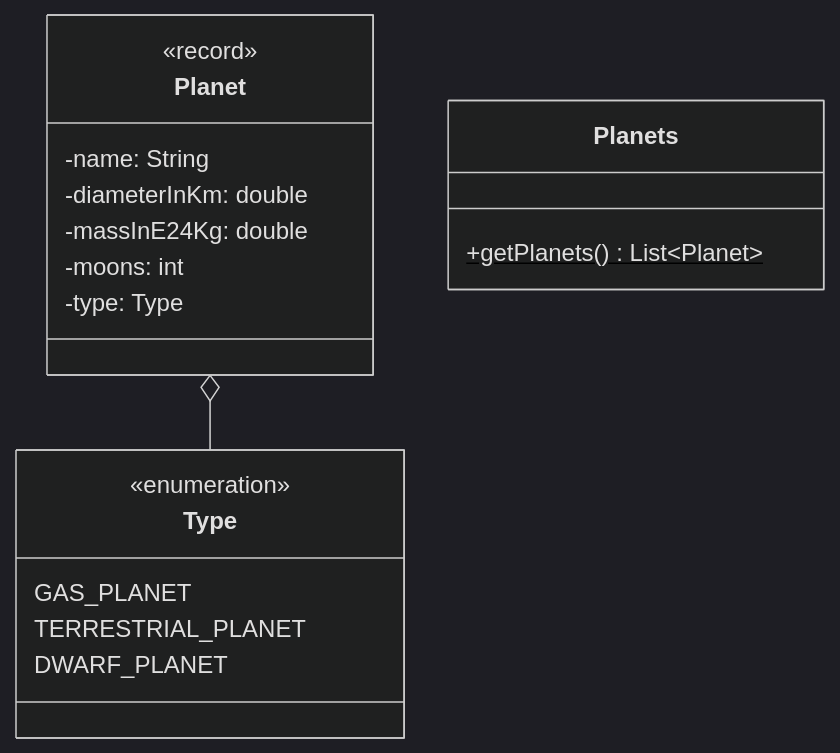
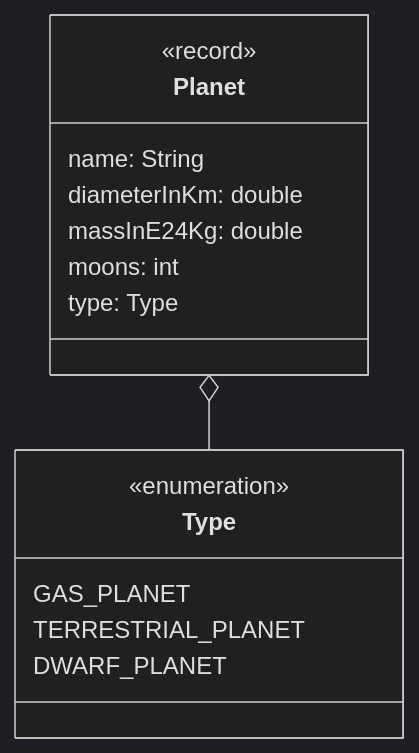
Before and after one commit to jappuccini/java-docs: the diagram in docs/exam-exercises/exam-exercises-java2/planets.md, drawn with Mermaid (dark theme). The commit also changed other lines of this file and 26 other files, not shown here.

````diff
--- a/docs/exam-exercises/exam-exercises-java2/planets.md
+++ b/docs/exam-exercises/exam-exercises-java2/planets.md
@@ -18,24 +18,20 @@
 ```mermaid
 classDiagram
     Planet o-- Type
 
     class Planet {
         <<record>>
-        -name: String
-        -diameterInKm: double
-        -massInE24Kg: double
-        -moons: int
-        -type: Type
+        name: String
+        diameterInKm: double
+        massInE24Kg: double
+        moons: int
+        type: Type
     }
 
     class Type {
         <<enumeration>>
         GAS_PLANET
         TERRESTRIAL_PLANET
         DWARF_PLANET
     }
-
-    class Planets {
-        +getPlanets()$ List~Planet~
-    }
 ```
````
